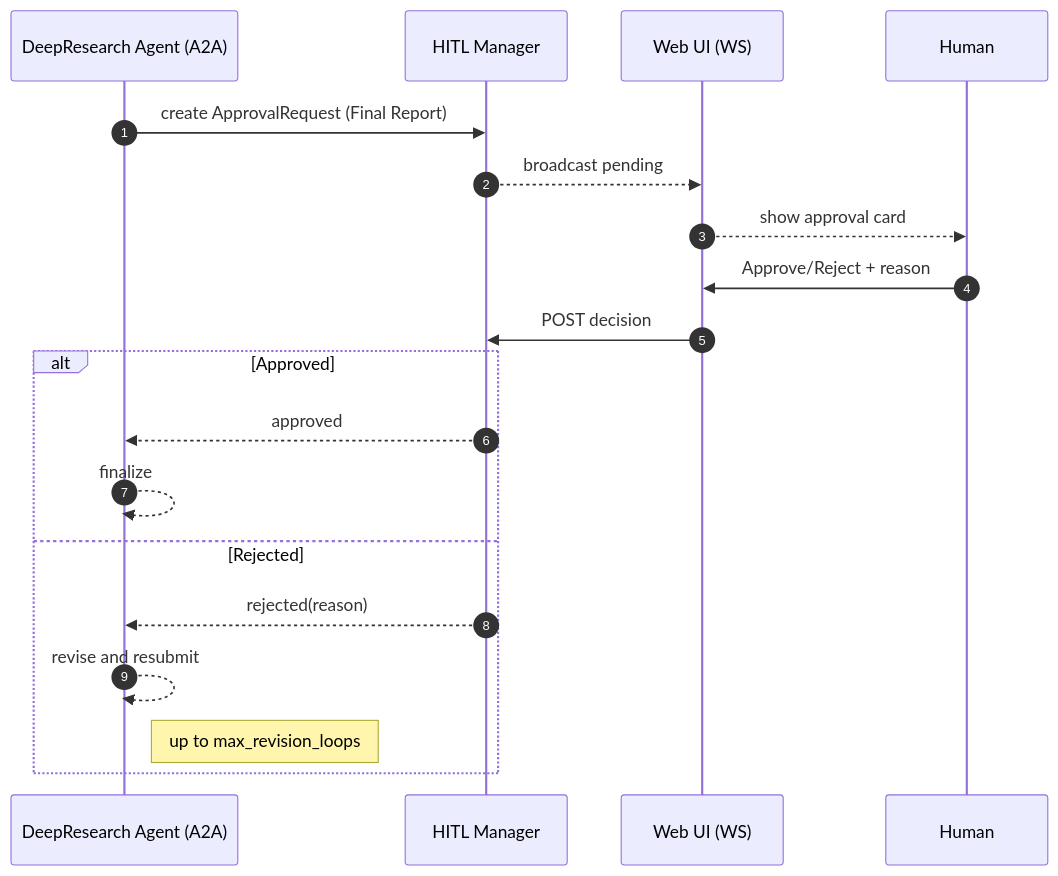
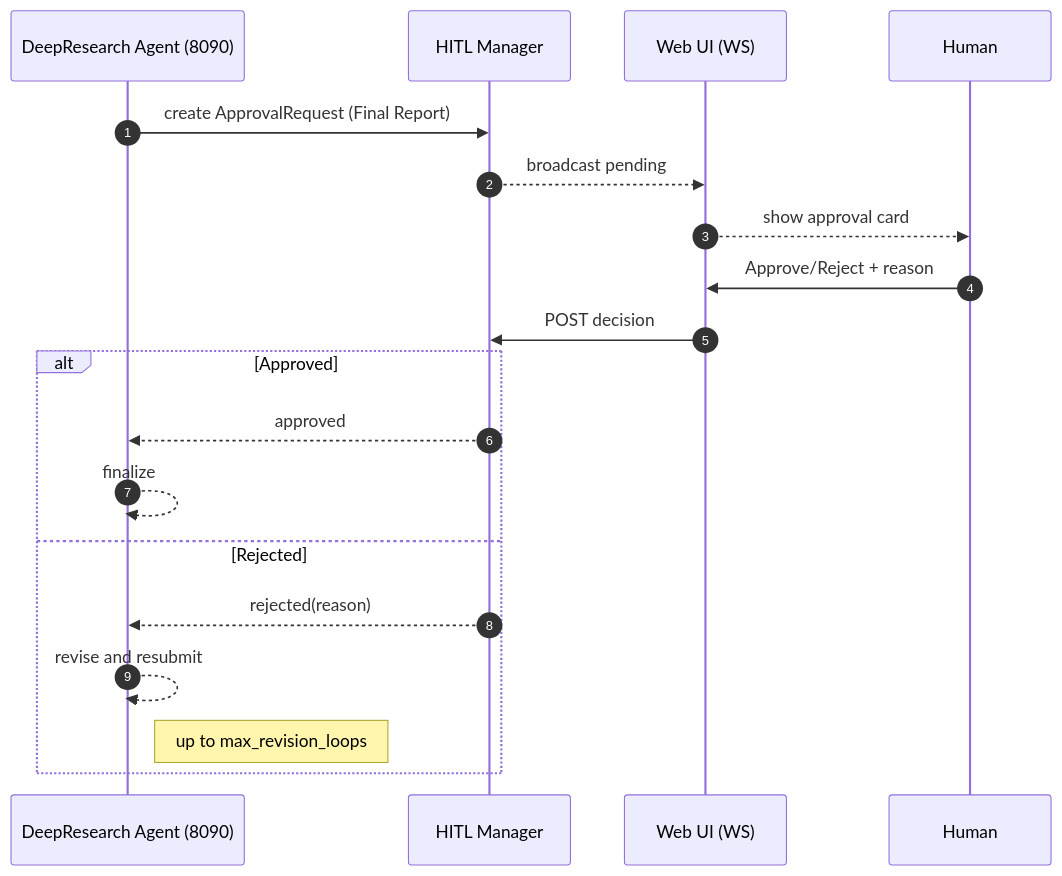
Before and after one commit to HyunjunJeon/FastCampus_MCP_A2A_Basic: the diagram in docs/diagrams/step4_sequence.md, drawn with Mermaid. The commit also changed 10 other files, not shown here.

````diff
--- a/docs/diagrams/step4_sequence.md
+++ b/docs/diagrams/step4_sequence.md
@@ -5,23 +5,23 @@
 ```mermaid
 sequenceDiagram
     autonumber
-    participant DR as DeepResearch Agent (A2A)
+    participant DR as DeepResearch Agent (8090)
     participant HITL as HITL Manager
     participant UI as Web UI (WS)
     participant Human
 
     DR->>HITL: create ApprovalRequest (Final Report)
     HITL-->>UI: broadcast pending
     UI-->>Human: show approval card
     Human->>UI: Approve/Reject + reason
     UI->>HITL: POST decision
 
     alt Approved
       HITL-->>DR: approved
       DR-->>DR: finalize
     else Rejected
       HITL-->>DR: rejected(reason)
       DR-->>DR: revise and resubmit
       note right of DR: up to max_revision_loops
     end
 ```
````
